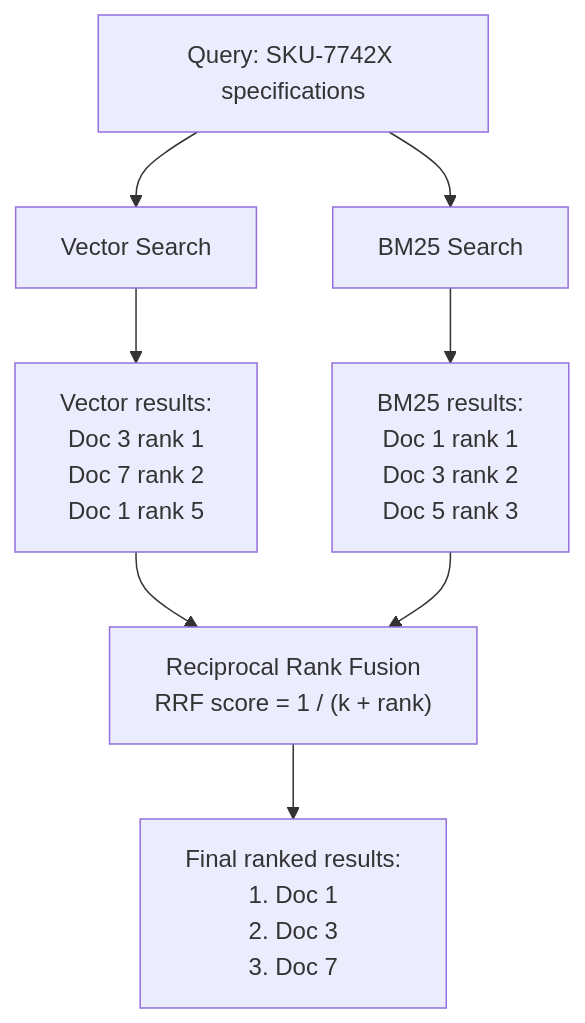
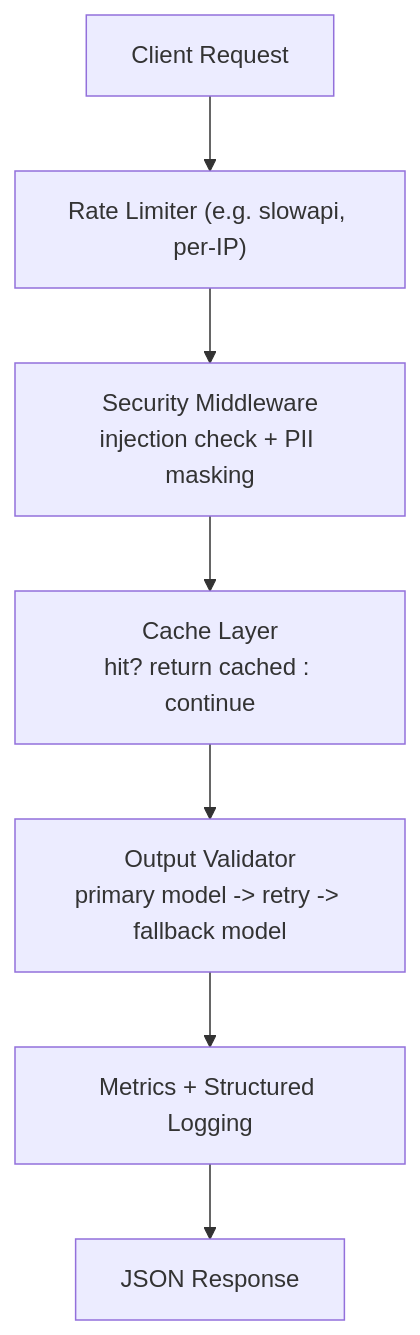
One commit to GreninjaCd/lang-course changed the fifth of 5 diagrams in know/knowledge.md. Above: the diagram before and after it, drawn with Mermaid. The commit also changed other lines of this file and 5 other files, not shown here.

````diff
--- a/know/knowledge.md
+++ b/know/knowledge.md
@@ -571,12 +694,9 @@
 ```mermaid
 flowchart TD
-    Q["Query: SKU-7742X specifications"] --> V["Vector Search"]
-    Q --> B["BM25 Search"]
-
-    V --> VR["Vector results:<br/>Doc 3 rank 1<br/>Doc 7 rank 2<br/>Doc 1 rank 5"]
-    B --> BR["BM25 results:<br/>Doc 1 rank 1<br/>Doc 3 rank 2<br/>Doc 5 rank 3"]
-
-    VR --> R["Reciprocal Rank Fusion<br/>RRF score = 1 / (k + rank)"]
-    BR --> R
-    R --> F["Final ranked results:<br/>1. Doc 1<br/>2. Doc 3<br/>3. Doc 7"]
+    A["Client Request"] --> B["Rate Limiter (e.g. slowapi, per-IP)"]
+    B --> C["Security Middleware<br/>injection check + PII masking"]
+    C --> D["Cache Layer<br/>hit? return cached : continue"]
+    D --> E["Output Validator<br/>primary model -> retry -> fallback model"]
+    E --> F["Metrics + Structured Logging"]
+    F --> G["JSON Response"]
 ```
````
